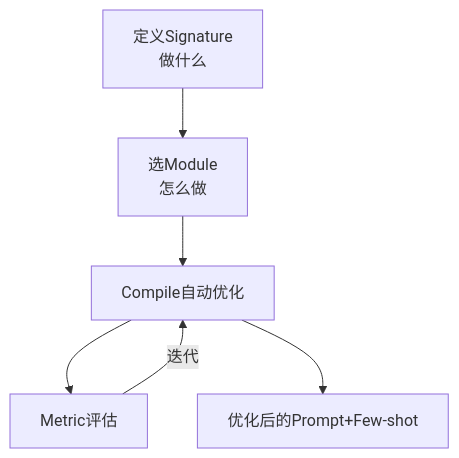
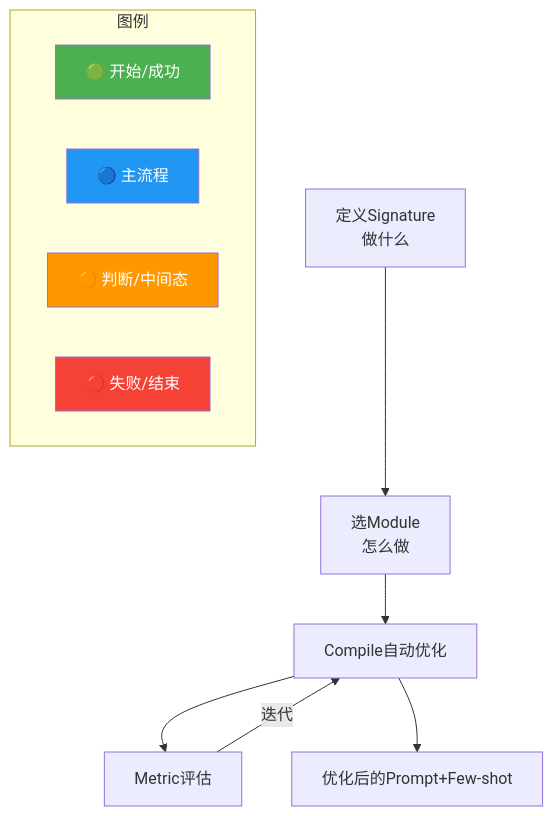
One commit to SunArthur86/interview-2026 changed the diagram in questions/ai-harness/ai-h-003.md. Above: the diagram before and after it, drawn with Mermaid. The commit also changed other lines of this file and 3180 other files, not shown here.

First line of the commit message:
Mermaid颜色增强99% + 面试频率分类(高频1571/中频1115/低频461)

````diff
--- a/questions/ai-harness/ai-h-003.md
+++ b/questions/ai-harness/ai-h-003.md
@@ -110,8 +111,28 @@
 ```mermaid
 flowchart TD
+    classDef start fill:#4CAF50,color:#fff
+    classDef process fill:#2196F3,color:#fff
+    classDef decision fill:#FF9800,color:#fff
+    classDef special fill:#9C27B0,color:#fff
+    classDef error fill:#f44336,color:#fff
+    classDef info fill:#607D8B,color:#fff
+    class Compile start
+    class Define process
+    class Few decision
+    class Metric special
+    class Optimized error
+    class Select info
+    class br start
+    class shot process
     Define[定义Signature<br/>做什么] --> Select[选Module<br/>怎么做]
     Select --> Compile[Compile自动优化]
     Compile --> Metric[Metric评估]
     Metric -->|迭代| Compile
     Compile --> Optimized[优化后的Prompt+Few-shot]
+    subgraph Legend["图例"]
+        L1["🟢 开始/成功"]:::start
+        L2["🔵 主流程"]:::process
+        L3["🟠 判断/中间态"]:::decision
+        L4["🔴 失败/结束"]:::error
+    end
 ```
````
